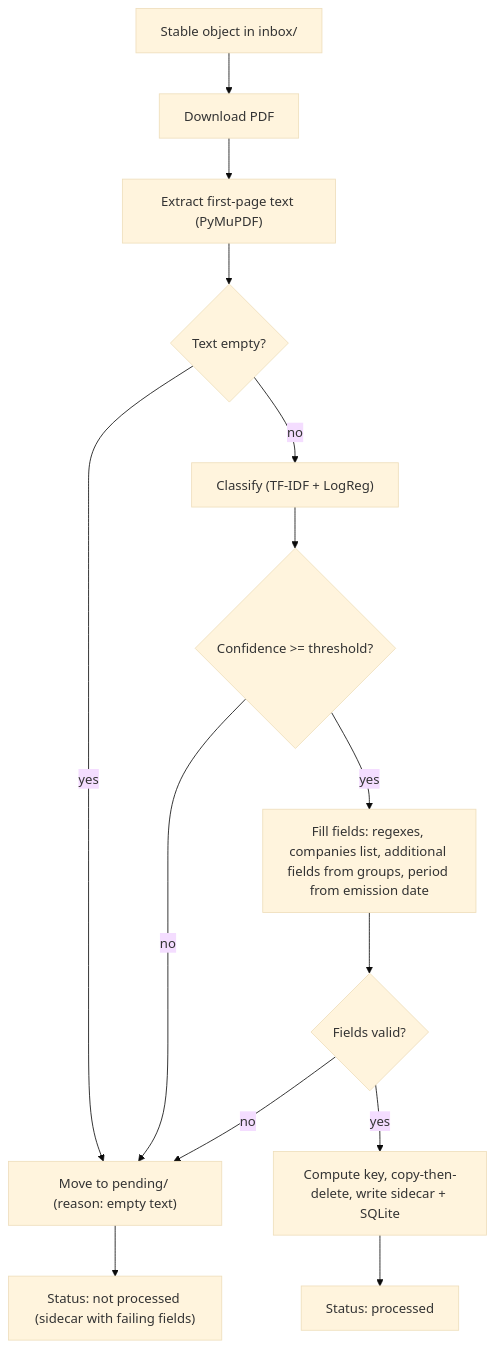
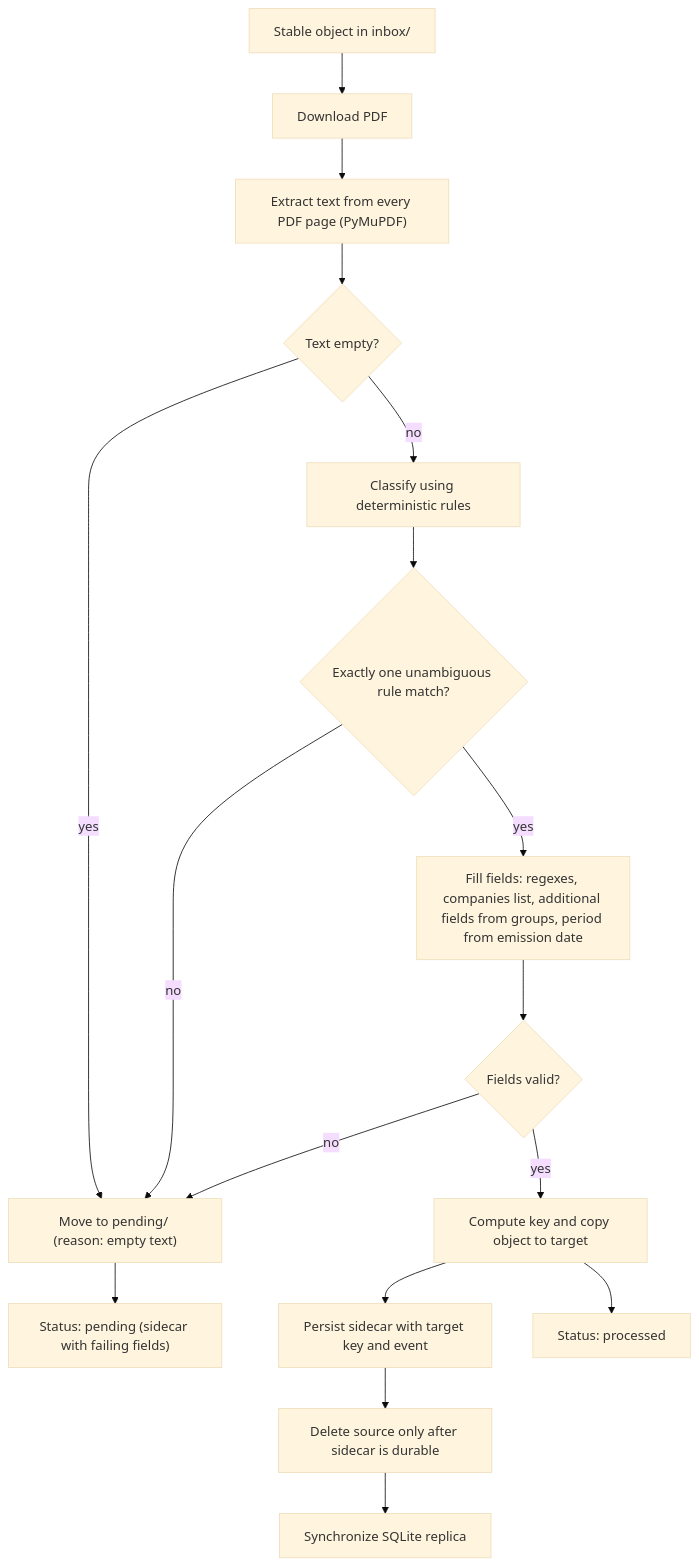
Before and after one commit to napnap75/multiarch-docker-images: the second of 3 diagrams in automatic-pdf-renamer/arch.md, drawn with Mermaid (base theme). The commit also changed other lines of this file and 4 other files, not shown here.

````diff
--- a/automatic-pdf-renamer/arch.md
+++ b/automatic-pdf-renamer/arch.md
@@ -101,16 +100,19 @@
 ```mermaid
 flowchart TD
   in["Stable object in inbox/"] --> dl["Download PDF"]
-  dl --> tx["Extract first-page text (PyMuPDF)"]
+  dl --> tx["Extract text from every PDF page (PyMuPDF)"]
   tx --> empty{"Text empty?"}
   empty -- yes --> pending["Move to pending/ (reason: empty text)"]
-  empty -- no --> cls["Classify (TF-IDF + LogReg)"]
-  cls --> conf{"Confidence >= threshold?"}
-  conf -- no --> pending
-  conf -- yes --> fill["Fill fields: regexes, companies list, additional fields from groups, period from emission date"]
+  empty -- no --> cls["Classify using deterministic rules"]
+  cls --> unamb{"Exactly one unambiguous rule match?"}
+  unamb -- no --> pending
+  unamb -- yes --> fill["Fill fields: regexes, companies list, additional fields from groups, period from emission date"]
   fill --> valid{"Fields valid?"}
   valid -- no --> pending
-  valid -- yes --> rename["Compute key, copy-then-delete, write sidecar + SQLite"]
+  valid -- yes --> rename["Compute key and copy object to target"]
+  rename --> sidecar["Persist sidecar with target key and event"]
+  sidecar --> delete["Delete source only after sidecar is durable"]
+  delete --> sqlite["Synchronize SQLite replica"]
   rename --> done["Status: processed"]
-  pending --> wait["Status: not processed (sidecar with failing fields)"]
+  pending --> wait["Status: pending (sidecar with failing fields)"]
 ```
````
